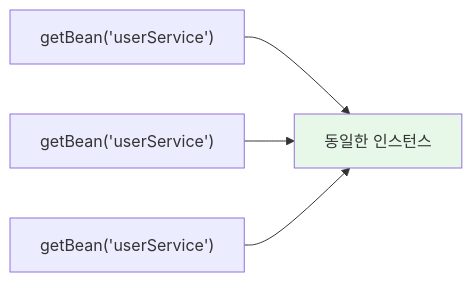
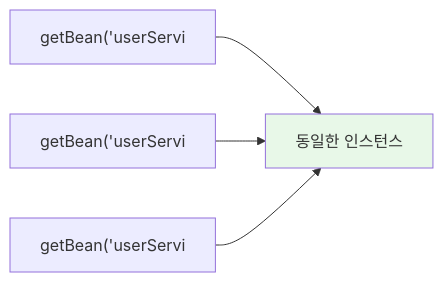
The fourth of 7 diagrams in _posts/spring/2026-05-01-spring-ioc-di.md (yjkim2015/yjkim2015.github.io), drawn with Mermaid before and after one commit. The commit also changed other lines of this file and 271 other files, not shown here.

First line of the commit message:
Mermaid 라벨 축소: 긴 노드 텍스트 18자 이하로 트림 + \n 제거

````diff
--- a/_posts/spring/2026-05-01-spring-ioc-di.md
+++ b/_posts/spring/2026-05-01-spring-ioc-di.md
@@ -198,7 +198,7 @@
 ```mermaid
 graph LR
-    A["getBean('userService')"] --> I["동일한 인스턴스"]
-    B["getBean('userService')"] --> I
-    C["getBean('userService')"] --> I
+    A["getBean('userServi"] --> I["동일한 인스턴스"]
+    B["getBean('userServi"] --> I
+    C["getBean('userServi"] --> I
     style I fill:#e8f8e8
 ```
````
